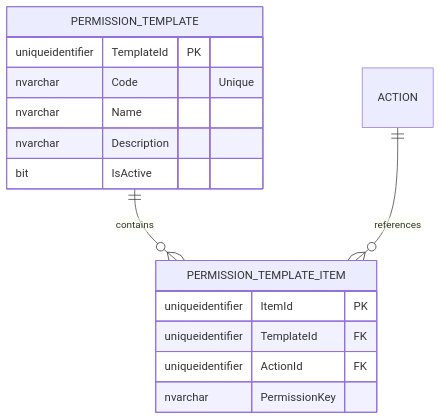
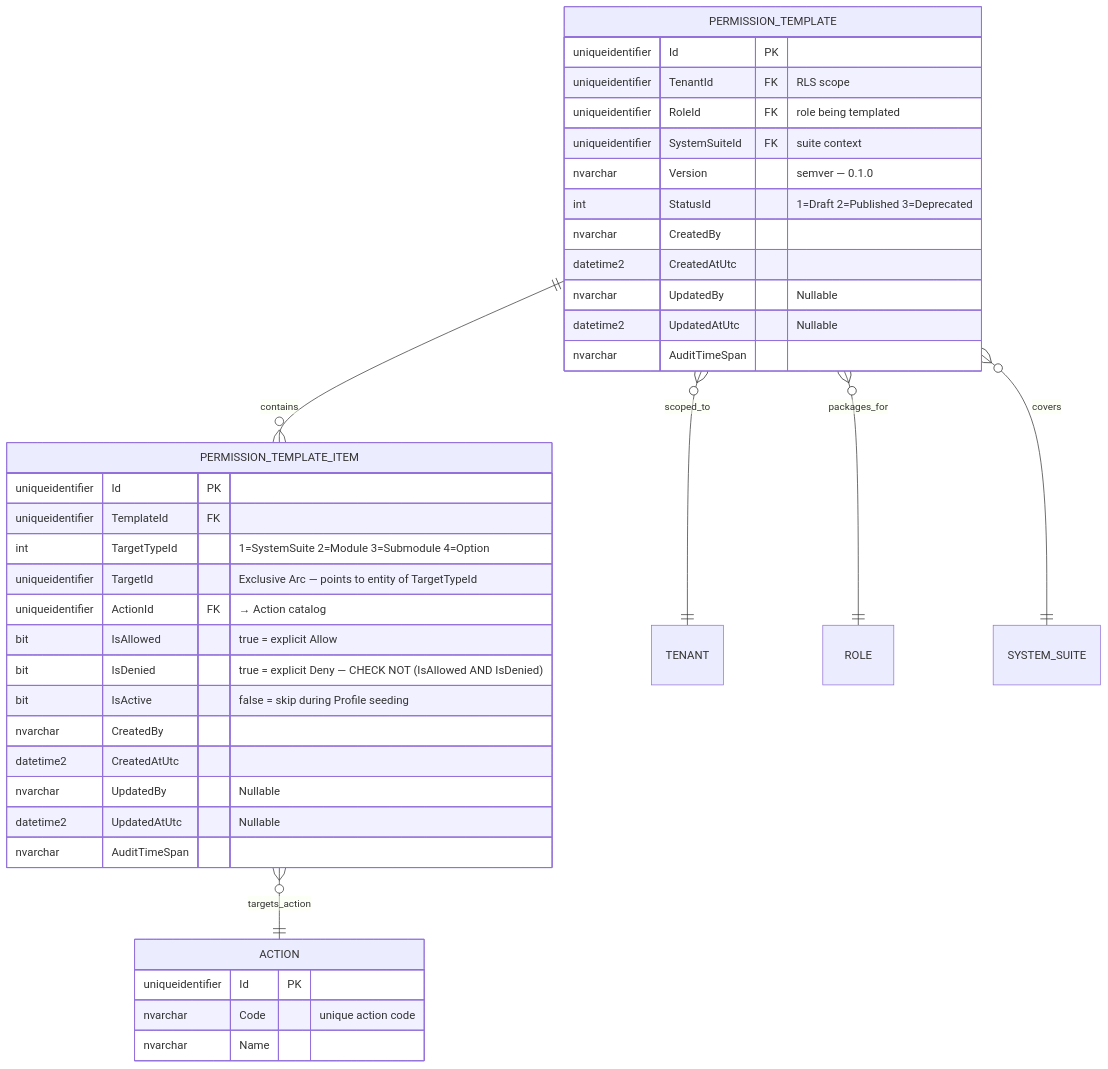
Before and after one commit to beyondnetcode/ums: the sixth of 7 diagrams in docs/domain/authorization/permission-template.md, drawn with Mermaid. The commit also changed other lines of this file, not shown here.

First line of the commit message:
docs(authorization): rewrite PermissionTemplate AR doc to match source code

````diff
--- a/docs/domain/authorization/permission-template.md
+++ b/docs/domain/authorization/permission-template.md
@@ -127,19 +295,44 @@
 ```mermaid
 erDiagram
     PERMISSION_TEMPLATE ||--o{ PERMISSION_TEMPLATE_ITEM : "contains"
-    ACTION ||--o{ PERMISSION_TEMPLATE_ITEM : "references"
+    PERMISSION_TEMPLATE }o--|| TENANT                   : "scoped_to"
+    PERMISSION_TEMPLATE }o--|| ROLE                     : "packages_for"
+    PERMISSION_TEMPLATE }o--|| SYSTEM_SUITE             : "covers"
+    PERMISSION_TEMPLATE_ITEM }o--|| ACTION              : "targets_action"
 
     PERMISSION_TEMPLATE {
-        uniqueidentifier TemplateId PK
-        nvarchar Code "Unique"
+        uniqueidentifier Id PK
+        uniqueidentifier TenantId FK "RLS scope"
+        uniqueidentifier RoleId FK "role being templated"
+        uniqueidentifier SystemSuiteId FK "suite context"
+        nvarchar Version "semver — 0.1.0"
+        int StatusId "1=Draft 2=Published 3=Deprecated"
+        nvarchar CreatedBy
+        datetime2 CreatedAtUtc
+        nvarchar UpdatedBy "Nullable"
+        datetime2 UpdatedAtUtc "Nullable"
+        nvarchar AuditTimeSpan
+    }
+
+    PERMISSION_TEMPLATE_ITEM {
+        uniqueidentifier Id PK
+        uniqueidentifier TemplateId FK
+        int TargetTypeId "1=SystemSuite 2=Module 3=Submodule 4=Option"
+        uniqueidentifier TargetId "Exclusive Arc — points to entity of TargetTypeId"
+        uniqueidentifier ActionId FK "→ Action catalog"
+        bit IsAllowed "true = explicit Allow"
+        bit IsDenied "true = explicit Deny — CHECK NOT (IsAllowed AND IsDenied)"
+        bit IsActive "false = skip during Profile seeding"
+        nvarchar CreatedBy
+        datetime2 CreatedAtUtc
+        nvarchar UpdatedBy "Nullable"
+        datetime2 UpdatedAtUtc "Nullable"
+        nvarchar AuditTimeSpan
+    }
+
+    ACTION {
+        uniqueidentifier Id PK
+        nvarchar Code "unique action code"
         nvarchar Name
-        nvarchar Description
-        bit IsActive
-    }
-    PERMISSION_TEMPLATE_ITEM {
-        uniqueidentifier ItemId PK
-        uniqueidentifier TemplateId FK
-        uniqueidentifier ActionId FK
-        nvarchar PermissionKey
     }
 ```
````
